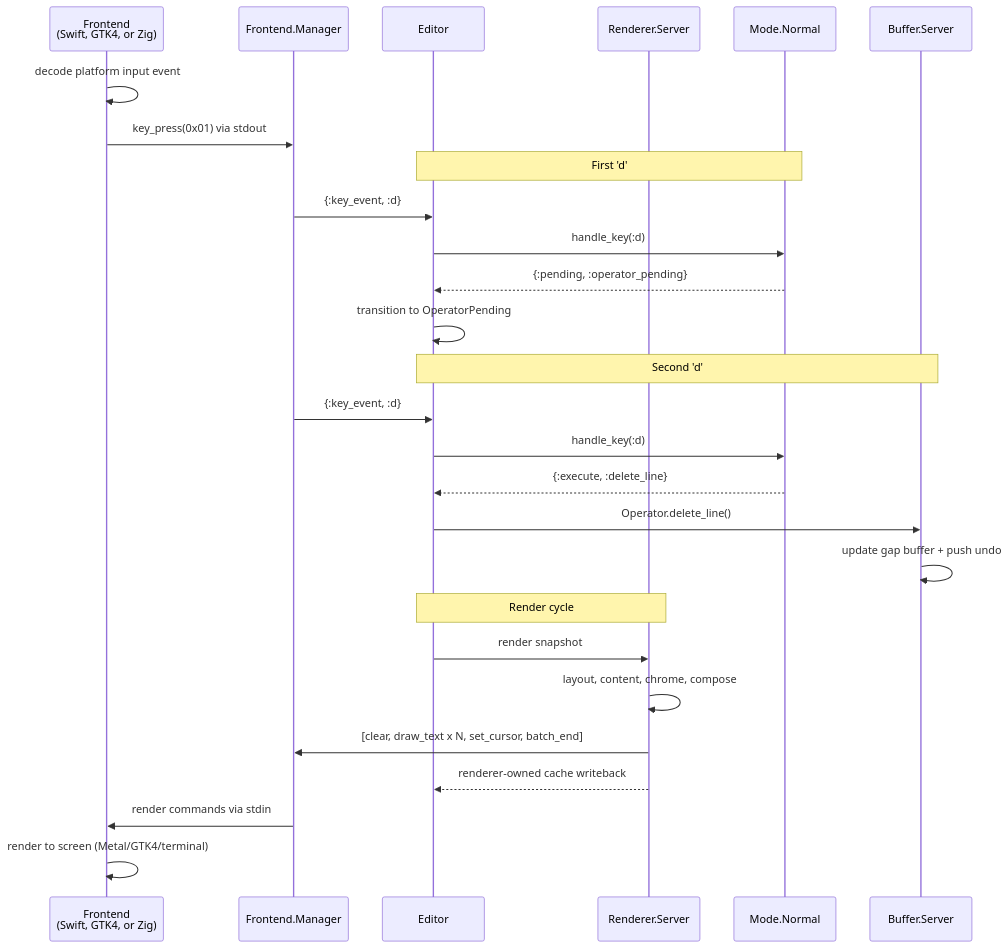
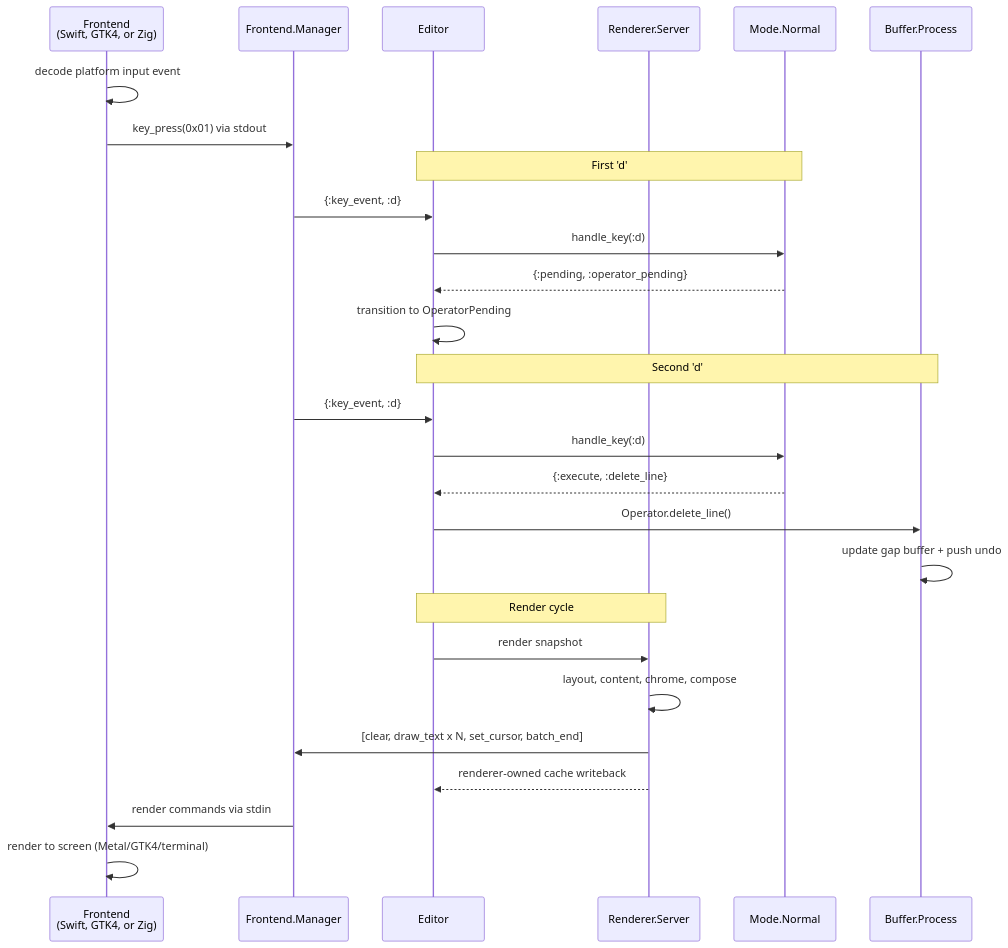
One commit to jsmestad/minga changed the eighth of 10 diagrams in docs/ARCHITECTURE.md. Above: the diagram before and after it, drawn with Mermaid. The commit also changed other lines of this file and 175 other files, not shown here.

Commit message:
refactor(buffer): rename buffer process boundary

````diff
--- a/docs/ARCHITECTURE.md
+++ b/docs/ARCHITECTURE.md
@@ -381,33 +381,33 @@
 ```mermaid
 sequenceDiagram
     participant FE as Frontend<br/>(Swift, GTK4, or Zig)
     participant PM as Frontend.Manager
     participant Ed as Editor
     participant Render as Renderer.Server
     participant Mode as Mode.Normal
-    participant Buf as Buffer.Server
+    participant Buf as Buffer.Process
 
     FE->>FE: decode platform input event
     FE->>PM: key_press(0x01) via stdout
 
     Note over Ed,Mode: First 'd'
     PM->>Ed: {:key_event, :d}
     Ed->>Mode: handle_key(:d)
     Mode-->>Ed: {:pending, :operator_pending}
     Ed->>Ed: transition to OperatorPending
 
     Note over Ed,Buf: Second 'd'
     PM->>Ed: {:key_event, :d}
     Ed->>Mode: handle_key(:d)
     Mode-->>Ed: {:execute, :delete_line}
     Ed->>Buf: Operator.delete_line()
     Buf->>Buf: update gap buffer + push undo
 
     Note over Ed,Render: Render cycle
     Ed->>Render: render snapshot
     Render->>Render: layout, content, chrome, compose
     Render->>PM: [clear, draw_text x N, set_cursor, batch_end]
     Render-->>Ed: renderer-owned cache writeback
     PM->>FE: render commands via stdin
     FE->>FE: render to screen (Metal/GTK4/terminal)
 ```
````
